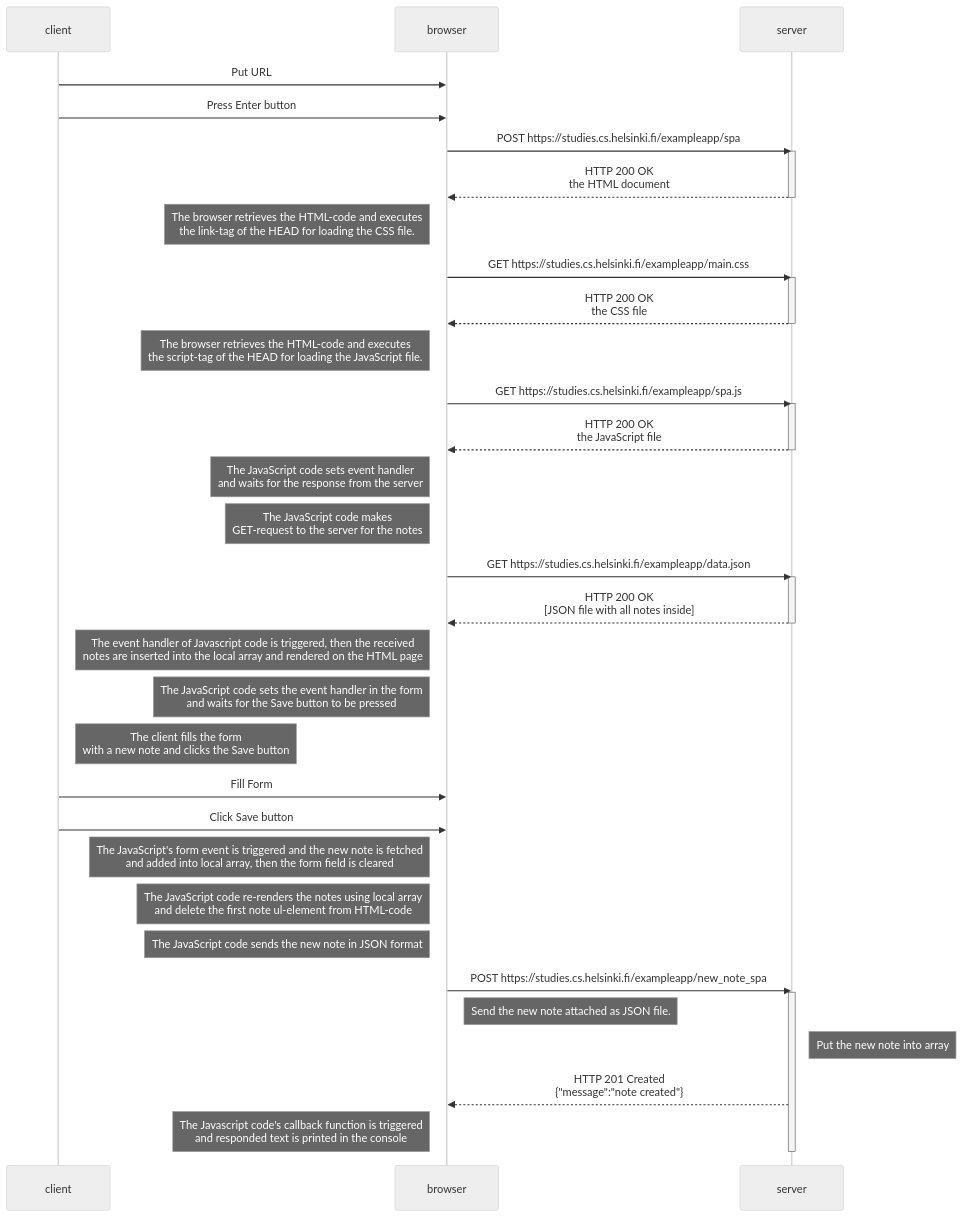
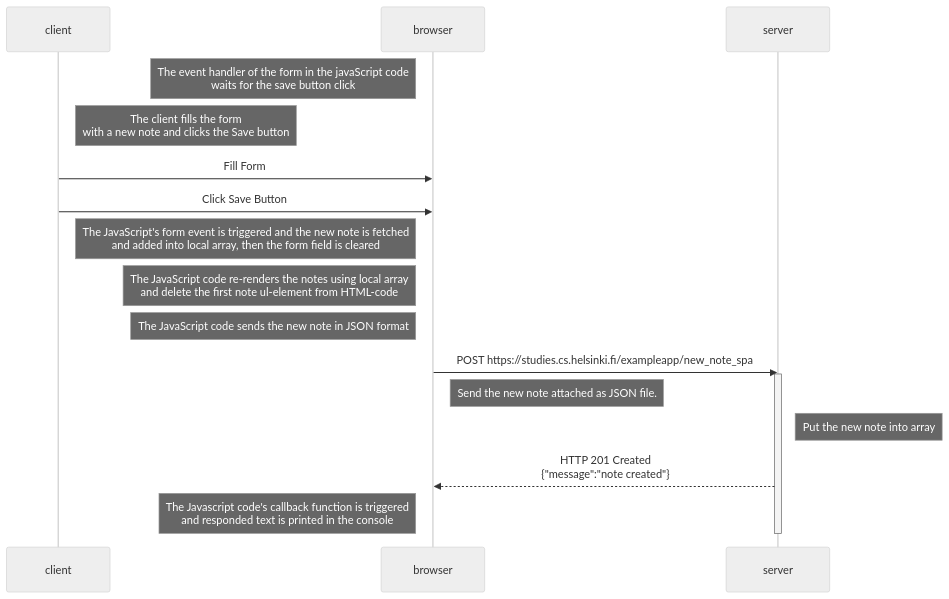
The diagram in osa0/0.6/README.md (VadimZubchenko/fullstack-open-tehtavat), drawn with Mermaid (neutral theme) before and after one commit.

Commit message:
Uusi muistiinpano SPA

````diff
--- a/osa0/0.6/README.md
+++ b/osa0/0.6/README.md
@@ -1,50 +1,23 @@
 ```mermaid
 sequenceDiagram
     participant client
     participant browser
     participant server
     
-    client->>browser: Put URL 
-    client->>browser: Press Enter button
-    browser->>server: POST https://studies.cs.helsinki.fi/exampleapp/spa
-    activate server
-    server-->>browser: HTTP 200 OK<br/>the HTML document
-    deactivate server
-
-    Note left of browser: The browser retrieves the HTML-code and executes<br/>the link-tag of the HEAD for loading the CSS file.
-    browser->>server: GET https://studies.cs.helsinki.fi/exampleapp/main.css
-    activate server
-    server-->>browser: HTTP 200 OK<br/>the CSS file
-    deactivate server
-
-    Note left of browser: The browser retrieves the HTML-code and executes<br/>the script-tag of the HEAD for loading the JavaScript file.
-    browser->>server: GET https://studies.cs.helsinki.fi/exampleapp/spa.js
-    activate server
-    server-->>browser: HTTP 200 OK<br/>the JavaScript file
-    deactivate server
-
-    Note left of browser: The JavaScript code sets event handler<br/>and waits for the response from the server  
-    Note left of browser: The JavaScript code makes<br/>GET-request to the server for the notes
-    browser->>server: GET https://studies.cs.helsinki.fi/exampleapp/data.json
-    activate server
-    server-->>browser: HTTP 200 OK<br/>[JSON file with all notes inside]
-    deactivate server
-
-    Note left of browser: The event handler of Javascript code is triggered, then the received<br/> notes are inserted into the local         array and rendered on the HTML page
-    Note left of browser: The JavaScript code sets the event handler in the form<br/>and waits for the Save button to be pressed   
+    Note left of browser: The event handler of the form in the javaScript code<br/>waits for the save button click   
     Note right of client: The client fills the form<br/>with a new note and clicks the Save button 
     
     client->>browser: Fill Form
-    client->>browser: Click Save button
+    client->>browser: Click Save Button
     Note left of browser: The JavaScript's form event is triggered and the new note is fetched<br/>and added into local array, then the form field is cleared
     Note left of browser: The JavaScript code re-renders the notes using local array<br/>and delete the first note ul-element from HTML-code  
     Note left of browser: The JavaScript code sends the new note in JSON format
     browser->>server: POST https://studies.cs.helsinki.fi/exampleapp/new_note_spa
     activate server
     Note right of browser: Send the new note attached as JSON file.
     Note right of server: Put the new note into array
     server-->>browser: HTTP 201 Created<br/>{"message":"note created"}
     Note left of browser:  The Javascript code's callback function is triggered<br/>and responded text is printed in the console
     deactivate server    
 
 ```
````
